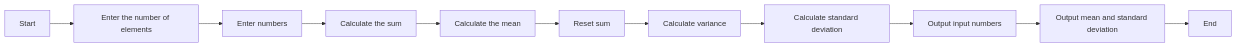
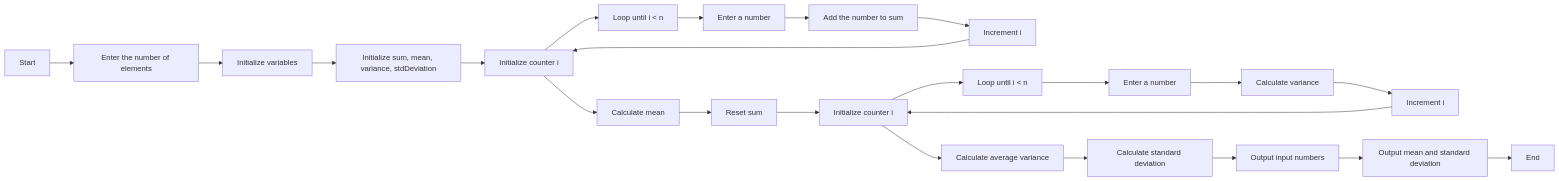
One commit to Robelermiyas/mermain-practicies changed the diagram in readme.md. Above: the diagram before and after it, drawn with Mermaid.

````diff
--- a/readme.md
+++ b/readme.md
@@ -1,14 +1,27 @@
 ```mermaid
+
 graph LR
 A[Start] --> B[Enter the number of elements]
-B --> C[Enter numbers]
-C --> D[Calculate the sum]
-D --> E[Calculate the mean]
-E --> F[Reset sum]
-F --> G[Calculate variance]
-G --> H[Calculate standard deviation]
-H --> I[Output input numbers]
-I --> J[Output mean and standard deviation]
-J --> K[End]
+B --> C[Initialize variables]
+C --> D[Initialize sum, mean, variance, stdDeviation]
+D --> E[Initialize counter i]
+E --> F[Loop until i < n]
+F --> G[Enter a number]
+G --> H[Add the number to sum]
+H --> I[Increment i]
+I --> E
+E --> J[Calculate mean]
+J --> K[Reset sum]
+K --> L[Initialize counter i]
+L --> M[Loop until i < n]
+M --> N[Enter a number]
+N --> O[Calculate variance]
+O --> P[Increment i]
+P --> L
+L --> Q[Calculate average variance]
+Q --> R[Calculate standard deviation]
+R --> S[Output input numbers]
+S --> T[Output mean and standard deviation]
+T --> U[End]
 
 ```
````
